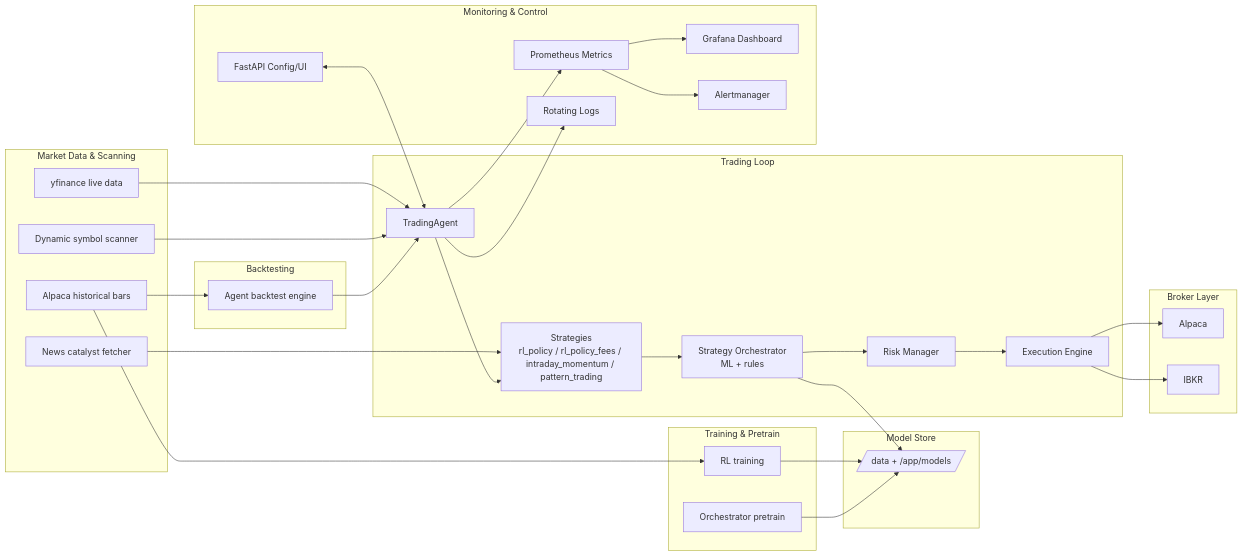
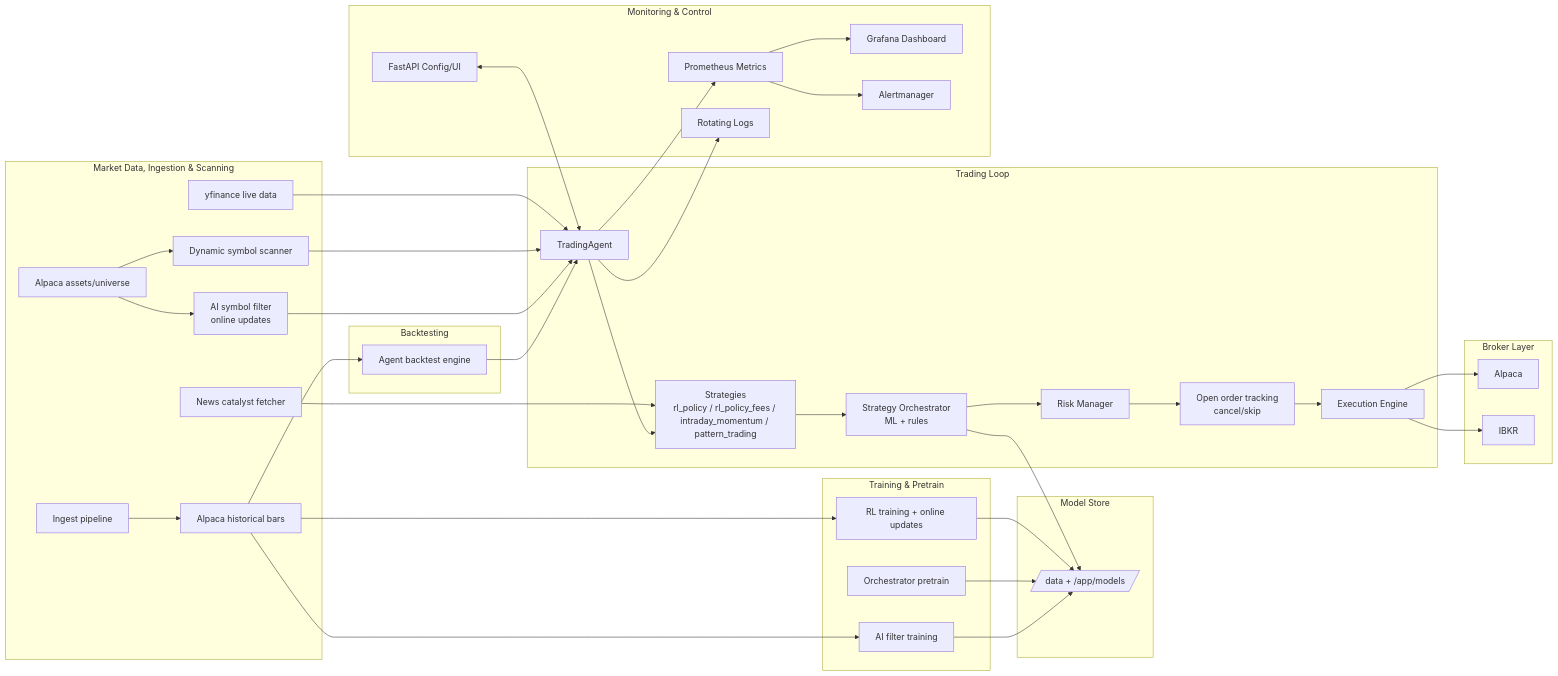
The diagram in README.md (ilfrick/Fricktrade), drawn with Mermaid before and after one commit. The commit also changed other lines of this file and 2 other files, not shown here.

Commit message:
Update architecture diagram

````diff
--- a/README.md
+++ b/README.md
@@ -29,53 +29,64 @@
 ```mermaid
 flowchart LR
-    subgraph Data["Market Data & Scanning"]
+    subgraph Data["Market Data, Ingestion & Scanning"]
         YF[yfinance live data]
         AlpacaBars[Alpaca historical bars]
+        AlpacaAssets[Alpaca assets/universe]
+        Ingest[Ingest pipeline]
         Scan[Dynamic symbol scanner]
+        AIFilter[AI symbol filter<br/>online updates]
         News[News catalyst fetcher]
     end
     subgraph Models["Model Store"]
         ModelStore[/data + /app/models/]
     end
     subgraph Core["Trading Loop"]
         Trader[TradingAgent]
         Strat[Strategies<br/>rl_policy / rl_policy_fees / intraday_momentum / pattern_trading]
         Orchestrator[Strategy Orchestrator<br/>ML + rules]
         Risk[Risk Manager]
         Exec[Execution Engine]
+        Orders[Open order tracking<br/>cancel/skip]
     end
     subgraph Training["Training & Pretrain"]
-        RLTrain[RL training]
+        RLTrain[RL training + online updates]
         OrchPretrain[Orchestrator pretrain]
+        AIFilterTrain[AI filter training]
     end
     subgraph Backtest["Backtesting"]
         AgentBT[Agent backtest engine]
     end
     subgraph Broker["Broker Layer"]
         Alpaca[Alpaca]
         IBKR[IBKR]
     end
     subgraph Observability["Monitoring & Control"]
         Metrics[Prometheus Metrics]
         Grafana[Grafana Dashboard]
         Alerting[Alertmanager]
         API[FastAPI Config/UI]
         Logs[Rotating Logs]
     end
 
     YF --> Trader
     AlpacaBars --> RLTrain
     AlpacaBars --> AgentBT
+    AlpacaBars --> AIFilterTrain
+    AlpacaAssets --> Scan
+    AlpacaAssets --> AIFilter
     Scan --> Trader
+    AIFilter --> Trader
     News --> Strat
+    Ingest --> AlpacaBars
     RLTrain --> ModelStore
     OrchPretrain --> ModelStore
-    Trader --> Strat --> Orchestrator --> Risk --> Exec --> Alpaca
+    AIFilterTrain --> ModelStore
+    Trader --> Strat --> Orchestrator --> Risk --> Orders --> Exec --> Alpaca
     Exec --> IBKR
     Orchestrator --> ModelStore
     AgentBT --> Trader
     Trader --> Metrics --> Grafana
     Metrics --> Alerting
     Trader --> Logs
     API <--> Trader
 ```
````
